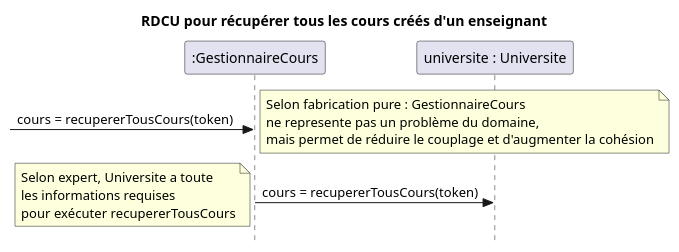
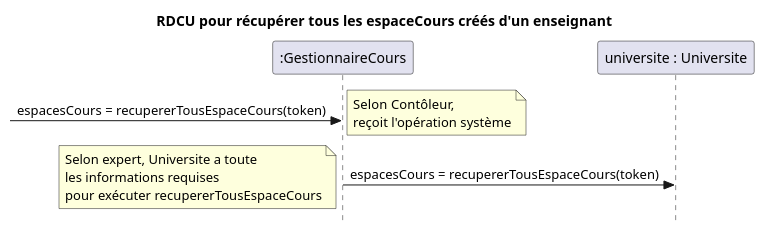
One commit to nerdz88/SGA-TS changed the first of 2 diagrams in docs/Récupérer cours/RDCU_Recuperer_Cours.puml. Above: the diagram before and after it, drawn with PlantUML. The commit also changed other lines of this file and 39 other files, not shown here.

```diff
--- a/docs/Récupérer cours/RDCU_Recuperer_Cours.puml
+++ b/docs/Récupérer cours/RDCU_Recuperer_Cours.puml
@@ -1,12 +1,12 @@
 @startuml récupérer tous les cours créés
 skinparam style strictuml
 skinparam defaultfontname Verdana
-title RDCU pour récupérer tous les cours créés d'un enseignant
+title RDCU pour récupérer tous les espaceCours créés d'un enseignant
 participant ":GestionnaireCours" as controleur
 participant "universite : Universite" as mapCours
 
-->controleur : cours = recupererTousCours(token)
-note left : Selon fabrication pure : GestionnaireCours\nne represente pas un problème du domaine,\nmais permet de réduire le couplage et d'augmenter la cohésion
-controleur -> mapCours : cours = recupererTousCours(token)
-note left : Selon expert, Universite a toute\nles informations requises\npour exécuter recupererTousCours
+->controleur : espacesCours = recupererTousEspaceCours(token)
+note right : Selon Contôleur,\nreçoit l'opération système
+controleur -> mapCours : espacesCours = recupererTousEspaceCours(token)
+note left : Selon expert, Universite a toute\nles informations requises\npour exécuter recupererTousEspaceCours
 @enduml
```
